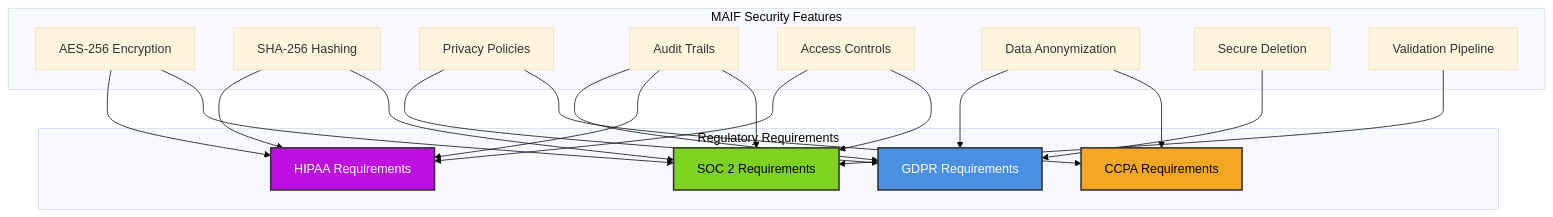
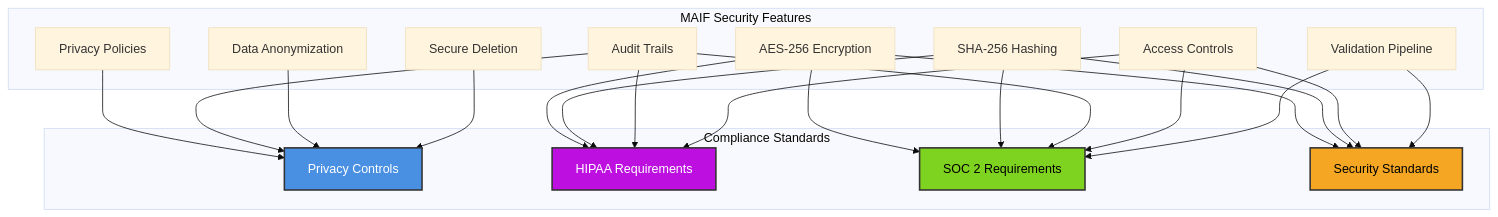
Diagram 17 of 24 in SECURITY_SPECIFICATION.md (mbhatt1/maifscratch), drawn with Mermaid (base theme) before and after one commit. The commit also changed other lines of this file and 1 other file, not shown here.

````diff
--- a/SECURITY_SPECIFICATION.md
+++ b/SECURITY_SPECIFICATION.md
@@ -782,41 +782,43 @@
 ```mermaid
 graph TD
     subgraph "MAIF Security Features"
         SF1[AES-256 Encryption]
         SF2[SHA-256 Hashing]
         SF3[Privacy Policies]
         SF4[Audit Trails]
         SF5[Access Controls]
         SF6[Data Anonymization]
         SF7[Secure Deletion]
         SF8[Validation Pipeline]
     end
     
-    subgraph "Regulatory Requirements"
-        GDPR[GDPR Requirements]
+    subgraph "Compliance Standards"
+        PRIVACY[Privacy Controls]
         HIPAA[HIPAA Requirements]
         SOC2[SOC 2 Requirements]
-        CCPA[CCPA Requirements]
+        SECURITY[Security Standards]
     end
     
     SF1 --> HIPAA
     SF1 --> SOC2
+    SF1 --> SECURITY
     SF2 --> HIPAA
     SF2 --> SOC2
-    SF3 --> GDPR
-    SF3 --> CCPA
-    SF4 --> GDPR
+    SF2 --> SECURITY
+    SF3 --> PRIVACY
     SF4 --> HIPAA
     SF4 --> SOC2
+    SF4 --> PRIVACY
     SF5 --> HIPAA
     SF5 --> SOC2
-    SF6 --> GDPR
-    SF6 --> CCPA
-    SF7 --> GDPR
+    SF5 --> SECURITY
+    SF6 --> PRIVACY
+    SF7 --> PRIVACY
     SF8 --> SOC2
+    SF8 --> SECURITY
     
-    style GDPR fill:#4A90E2,stroke:#333,stroke-width:2px,color:#fff
+    style PRIVACY fill:#4A90E2,stroke:#333,stroke-width:2px,color:#fff
     style HIPAA fill:#BD10E0,stroke:#333,stroke-width:2px,color:#fff
     style SOC2 fill:#7ED321,stroke:#333,stroke-width:2px,color:#000
-    style CCPA fill:#F5A623,stroke:#333,stroke-width:2px,color:#000
+    style SECURITY fill:#F5A623,stroke:#333,stroke-width:2px,color:#000
 ```
````
